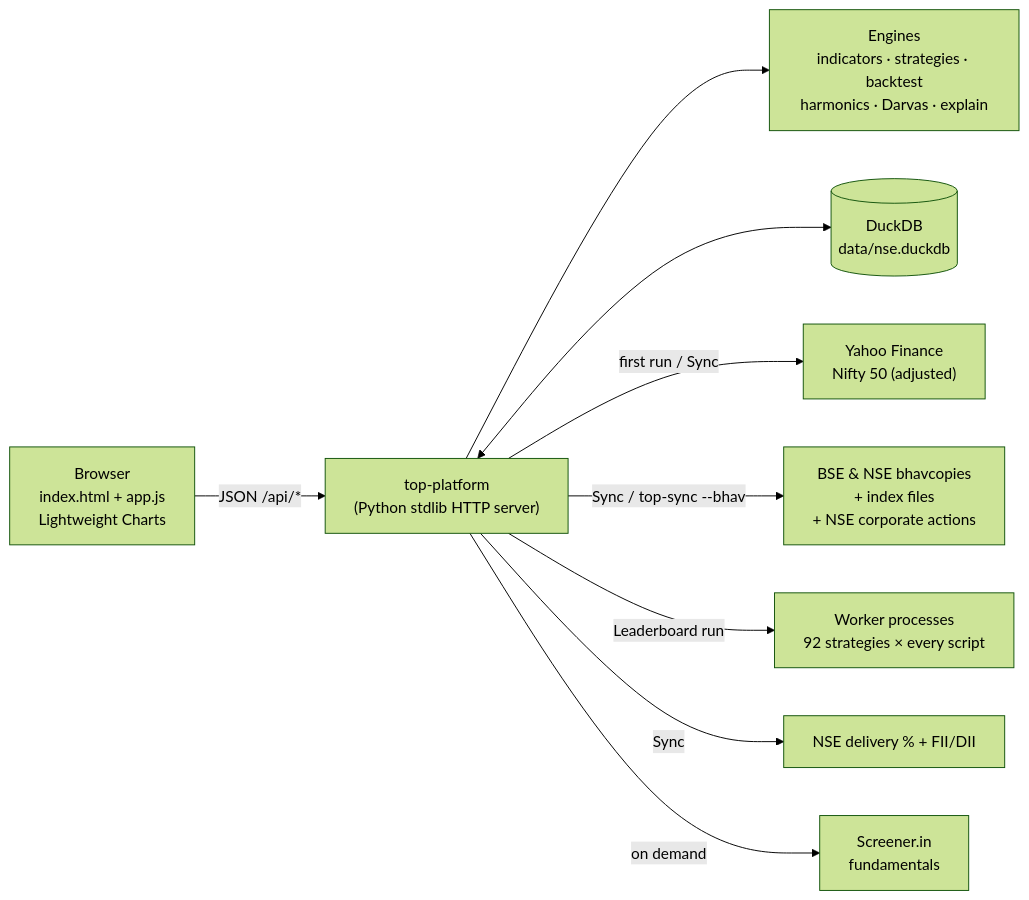
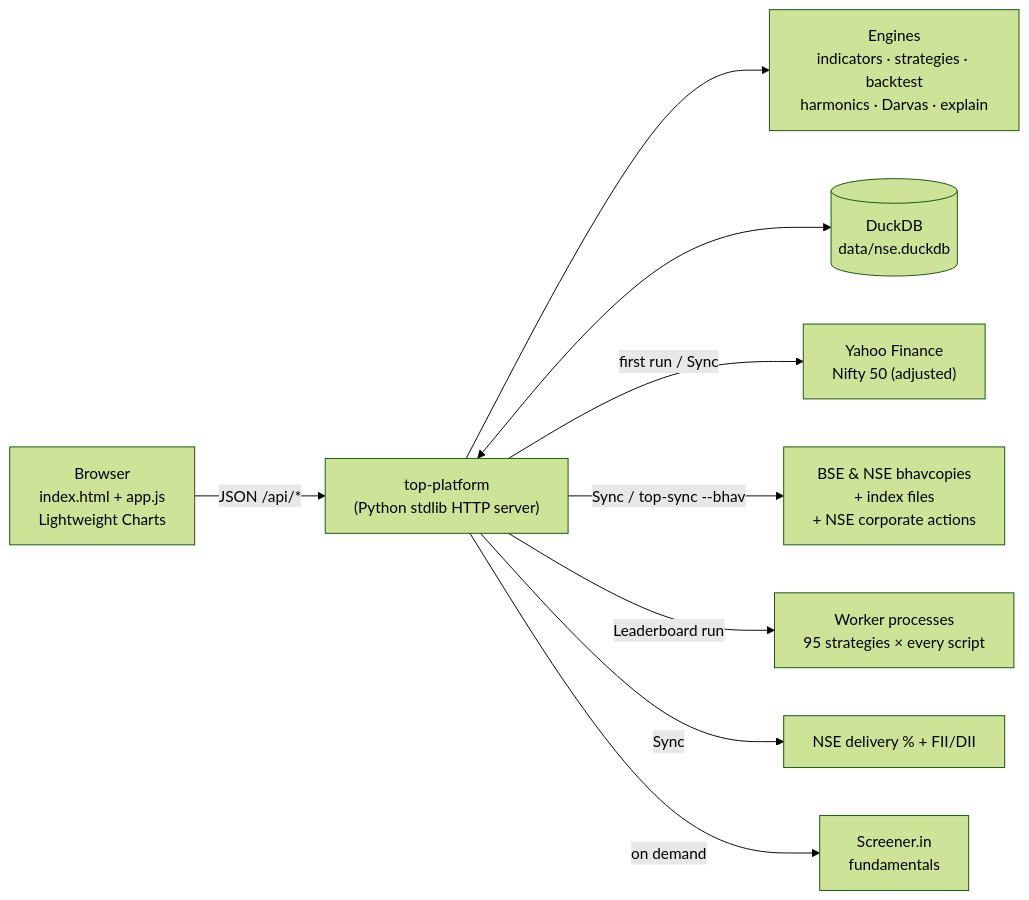
Before and after one commit to garv08/Trade-Observability-Platform: the diagram in README.md, drawn with Mermaid (forest theme). The commit also changed other lines of this file and 26 other files, not shown here.

````diff
--- a/README.md
+++ b/README.md
@@ -197,11 +197,11 @@
 ```mermaid
 flowchart LR
   B["Browser<br/>index.html + app.js<br/>Lightweight Charts"] -- "JSON /api/*" --> S["top-platform<br/>(Python stdlib HTTP server)"]
   S --> E["Engines<br/>indicators · strategies · backtest<br/>harmonics · Darvas · explain"]
   S <--> D[("DuckDB<br/>data/nse.duckdb")]
   S -- "first run / Sync" --> Y["Yahoo Finance<br/>Nifty 50 (adjusted)"]
   S -- "Sync / top-sync --bhav" --> X["BSE & NSE bhavcopies<br/>+ index files<br/>+ NSE corporate actions"]
-  S -- "Leaderboard run" --> W["Worker processes<br/>92 strategies × every script"]
+  S -- "Leaderboard run" --> W["Worker processes<br/>95 strategies × every script"]
   S -- "Sync" --> N["NSE delivery % + FII/DII"]
   S -- "on demand" --> F["Screener.in<br/>fundamentals"]
 ```
````
